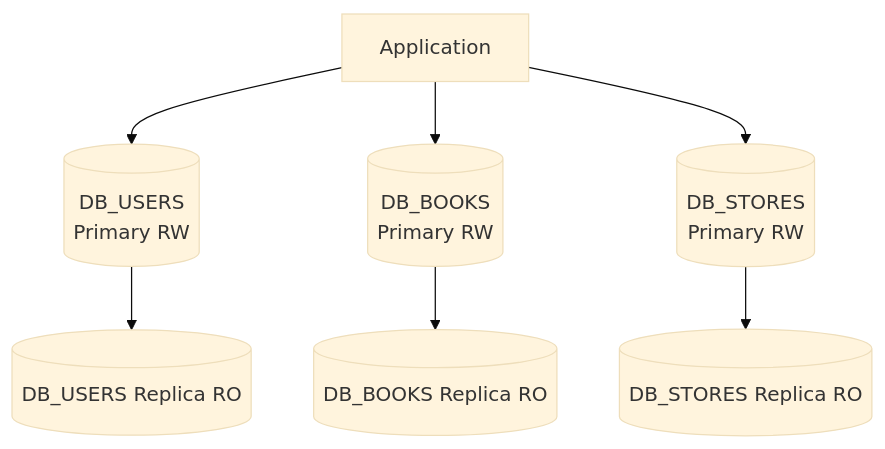
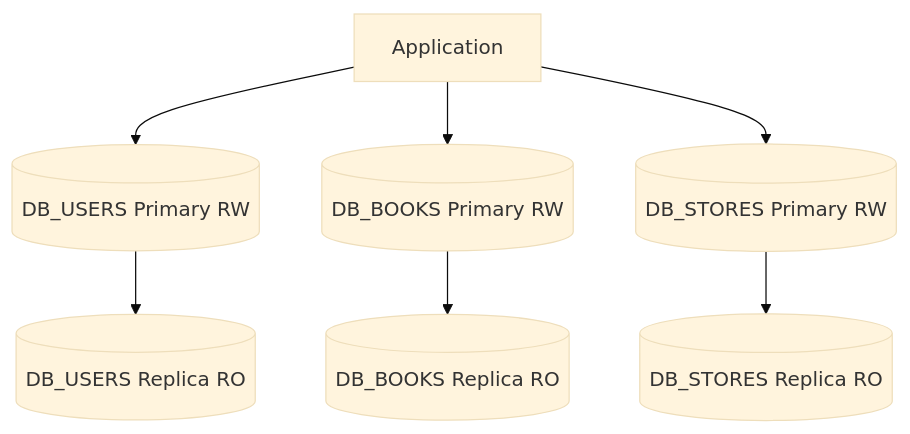
One commit to acider19/8-01-hw changed the first of 2 diagrams in README.md. Above: the diagram before and after it, drawn with Mermaid (base theme). The commit also changed other lines of this file, not shown here.

````diff
--- a/README.md
+++ b/README.md
@@ -93,10 +90,10 @@
 ```mermaid
 flowchart TB
-  APP[Application] --> U[(DB_USERS\nPrimary RW)]
-  APP --> B[(DB_BOOKS\nPrimary RW)]
-  APP --> S[(DB_STORES\nPrimary RW)]
+  APP[Application] --> U[(DB_USERS Primary RW)]
+  APP --> B[(DB_BOOKS Primary RW)]
+  APP --> S[(DB_STORES Primary RW)]
 
   U --> URO[(DB_USERS Replica RO)]
   B --> BRO[(DB_BOOKS Replica RO)]
   S --> SRO[(DB_STORES Replica RO)]
 ```
````
